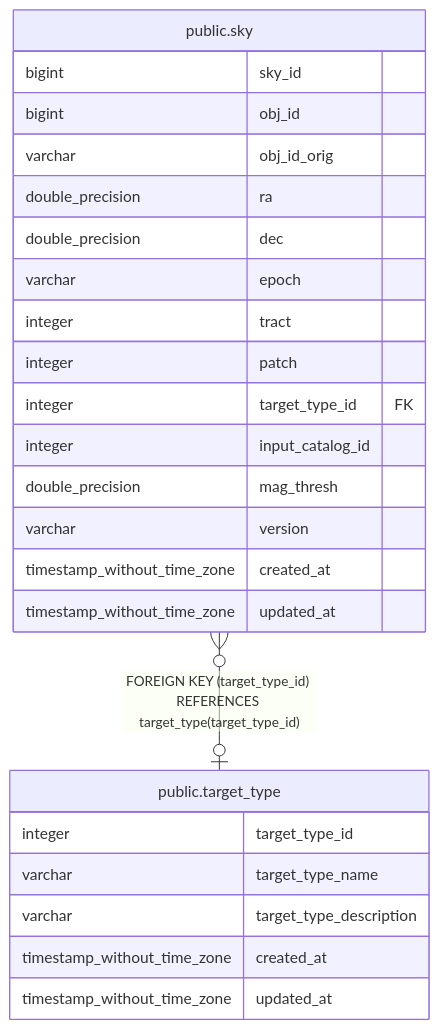
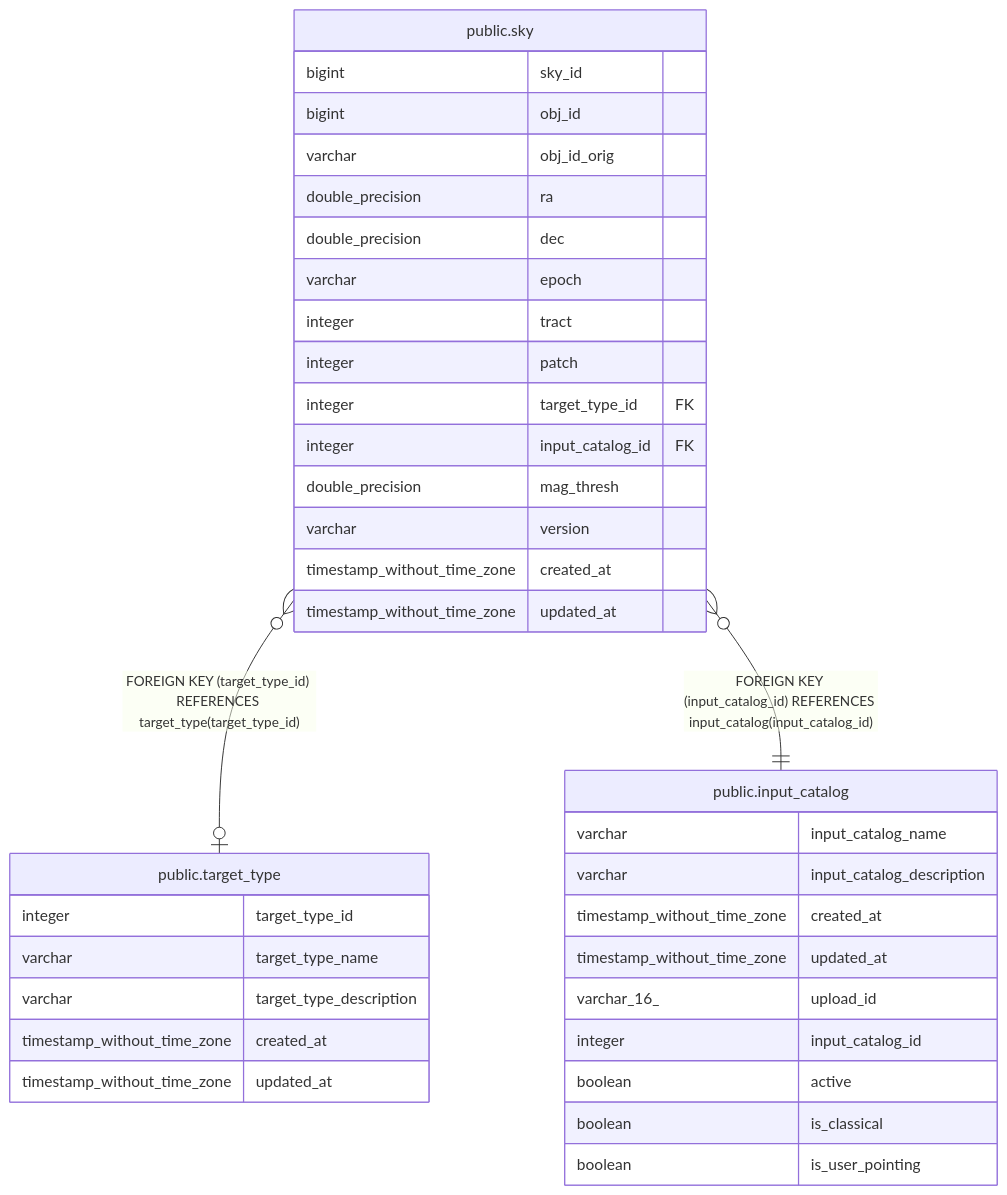
Before and after one commit to Subaru-PFS/ets_target_database: the diagram in docs/tbls/public.sky.md, drawn with Mermaid. The commit also changed other lines of this file and 10 other files, not shown here.

````diff
--- a/docs/tbls/public.sky.md
+++ b/docs/tbls/public.sky.md
@@ -44,29 +45,41 @@
 ```mermaid
 erDiagram
 
 "public.sky" }o--o| "public.target_type" : "FOREIGN KEY (target_type_id) REFERENCES target_type(target_type_id)"
+"public.sky" }o--|| "public.input_catalog" : "FOREIGN KEY (input_catalog_id) REFERENCES input_catalog(input_catalog_id)"
 
 "public.sky" {
   bigint sky_id
   bigint obj_id
   varchar obj_id_orig
   double_precision ra
   double_precision dec
   varchar epoch
   integer tract
   integer patch
   integer target_type_id FK
-  integer input_catalog_id
+  integer input_catalog_id FK
   double_precision mag_thresh
   varchar version
   timestamp_without_time_zone created_at
   timestamp_without_time_zone updated_at
 }
 "public.target_type" {
   integer target_type_id
   varchar target_type_name
   varchar target_type_description
   timestamp_without_time_zone created_at
   timestamp_without_time_zone updated_at
 }
+"public.input_catalog" {
+  varchar input_catalog_name
+  varchar input_catalog_description
+  timestamp_without_time_zone created_at
+  timestamp_without_time_zone updated_at
+  varchar_16_ upload_id
+  integer input_catalog_id
+  boolean active
+  boolean is_classical
+  boolean is_user_pointing
+}
 ```
````
